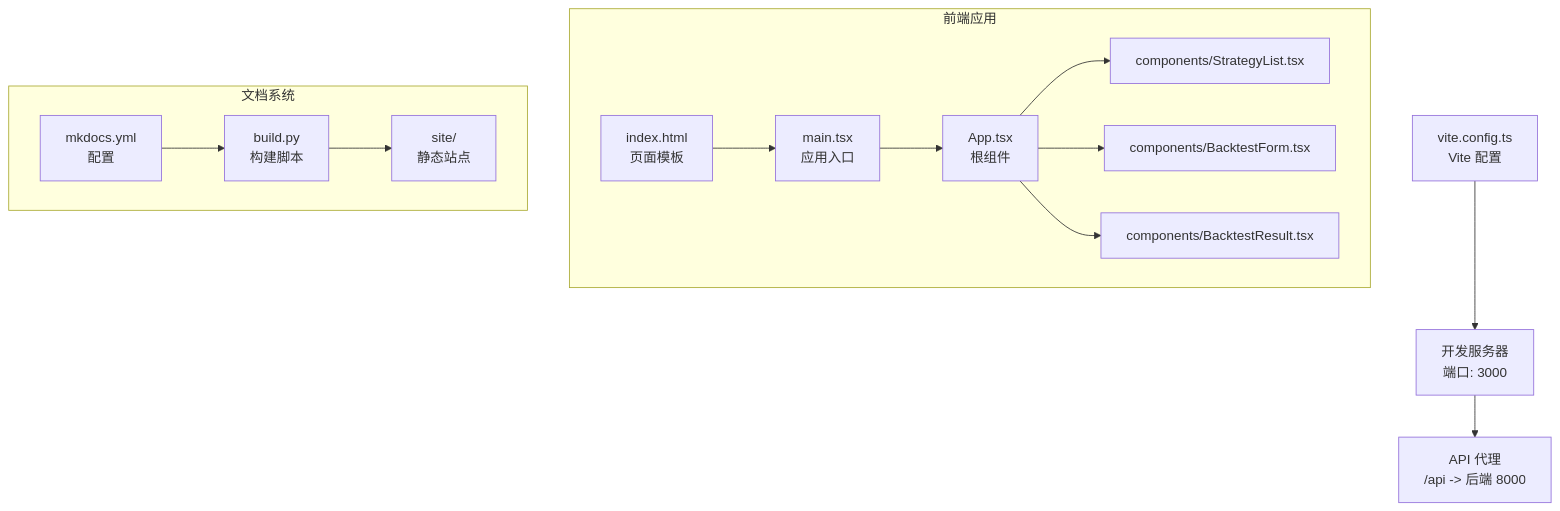
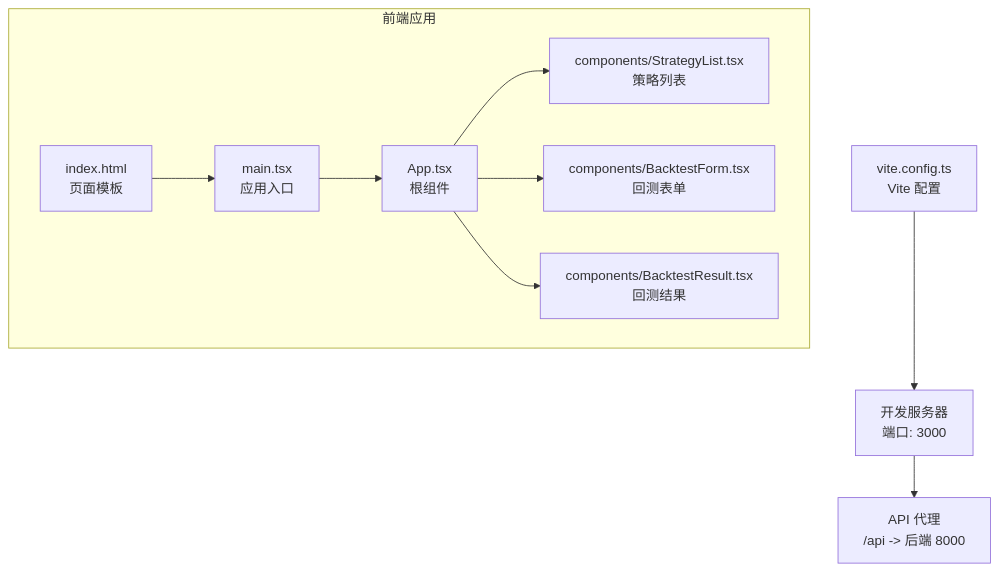
The first of 8 diagrams in wiki-site/docs/前端开发/React应用架构.md (jiashaoying/quant-ai), drawn with Mermaid before and after one commit. The commit also changed other lines of this file and 150 other files, not shown here.

````diff
--- a/wiki-site/docs/前端开发/React应用架构.md
+++ b/wiki-site/docs/前端开发/React应用架构.md
@@ -46,16 +47,12 @@
 ```mermaid
 graph TB
 subgraph "前端应用"
 HTML["index.html<br/>页面模板"] --> MAIN["main.tsx<br/>应用入口"]
 MAIN --> APP["App.tsx<br/>根组件"]
-APP --> STRATEGY_LIST["components/StrategyList.tsx"]
-APP --> BACKTEST_FORM["components/BacktestForm.tsx"]
-APP --> BACKTEST_RESULT["components/BacktestResult.tsx"]
-end
-subgraph "文档系统"
-MKDOCS["mkdocs.yml<br/>配置"] --> BUILD["build.py<br/>构建脚本"]
-BUILD --> SITE["site/<br/>静态站点"]
+APP --> STRATEGY_LIST["components/StrategyList.tsx<br/>策略列表"]
+APP --> BACKTEST_FORM["components/BacktestForm.tsx<br/>回测表单"]
+APP --> BACKTEST_RESULT["components/BacktestResult.tsx<br/>回测结果"]
 end
 VITE["vite.config.ts<br/>Vite 配置"] --> DEV_SERVER["开发服务器<br/>端口: 3000"]
 DEV_SERVER --> PROXY["API 代理<br/>/api -> 后端 8000"]
 ```
````
